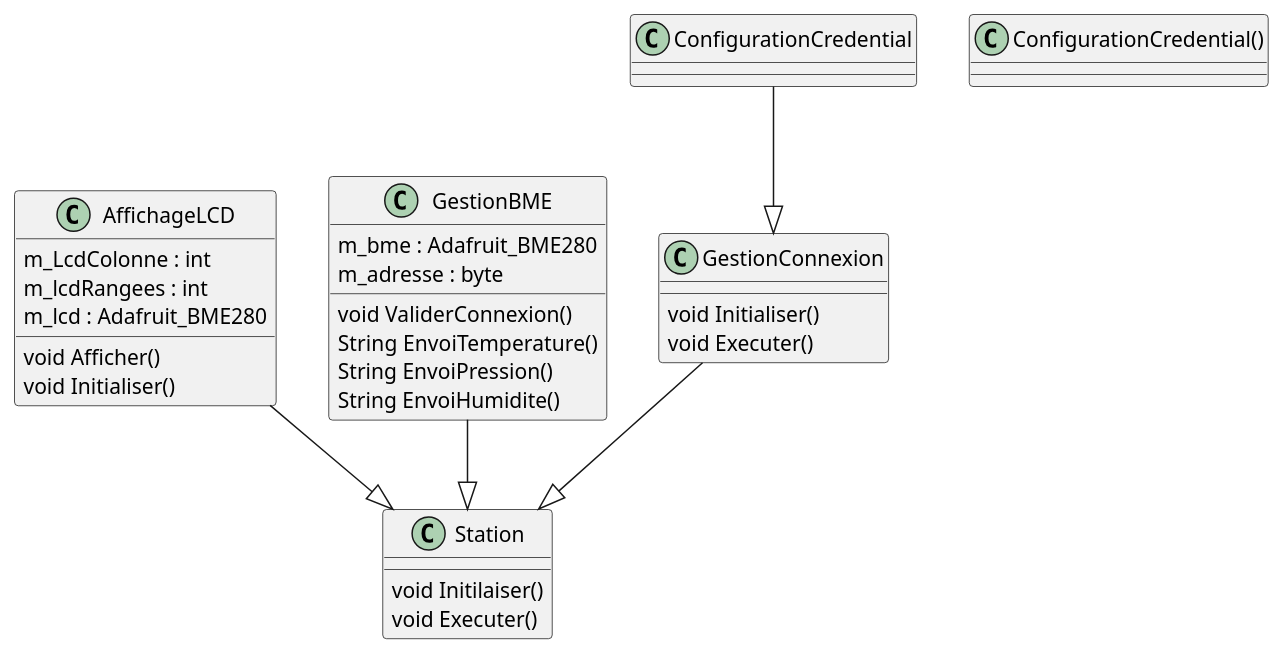
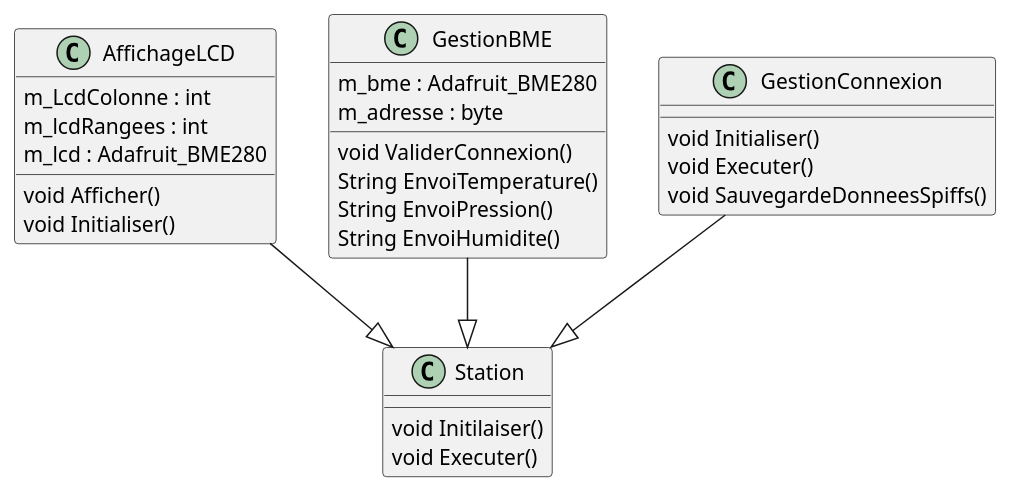
One commit to Yassine5afir/StationMeteo changed the diagram in Bme280/Diagram.wsd. Above: the diagram before and after it, drawn with PlantUML.

```diff
--- a/Bme280/Diagram.wsd
+++ b/Bme280/Diagram.wsd
@@ -1,45 +1,41 @@
 @startuml DiagramStationMeteo
 
 class AffichageLCD
 {
      m_LcdColonne : int
      m_lcdRangees : int
      m_lcd : Adafruit_BME280
     void Afficher()
     void Initialiser()
 }
 
 class GestionBME
 {
     m_bme : Adafruit_BME280
     m_adresse : byte
 
     void ValiderConnexion()
     String EnvoiTemperature()
     String EnvoiPression()
     String EnvoiHumidite()
 }
 
 class GestionConnexion
 {
     void Initialiser()
     void Executer()
+    void SauvegardeDonneesSpiffs()
 }
 
-class ConfigurationCredential()
-{
-
-}
 
 class Station
 {
     void Initilaiser()
     void Executer()
 }
 
 GestionConnexion --|> Station
 AffichageLCD --|> Station
 GestionBME --|> Station
-ConfigurationCredential --|> GestionConnexion
 
 @enduml
```
